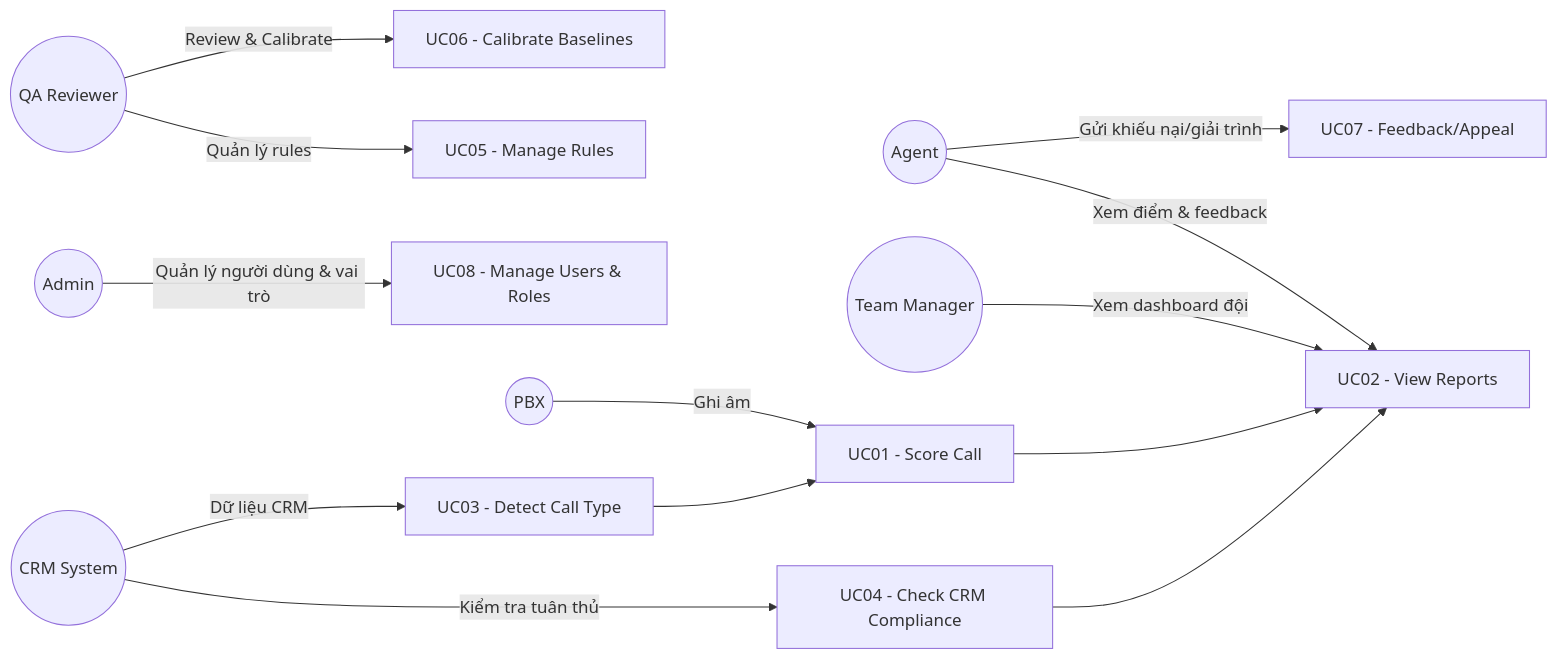
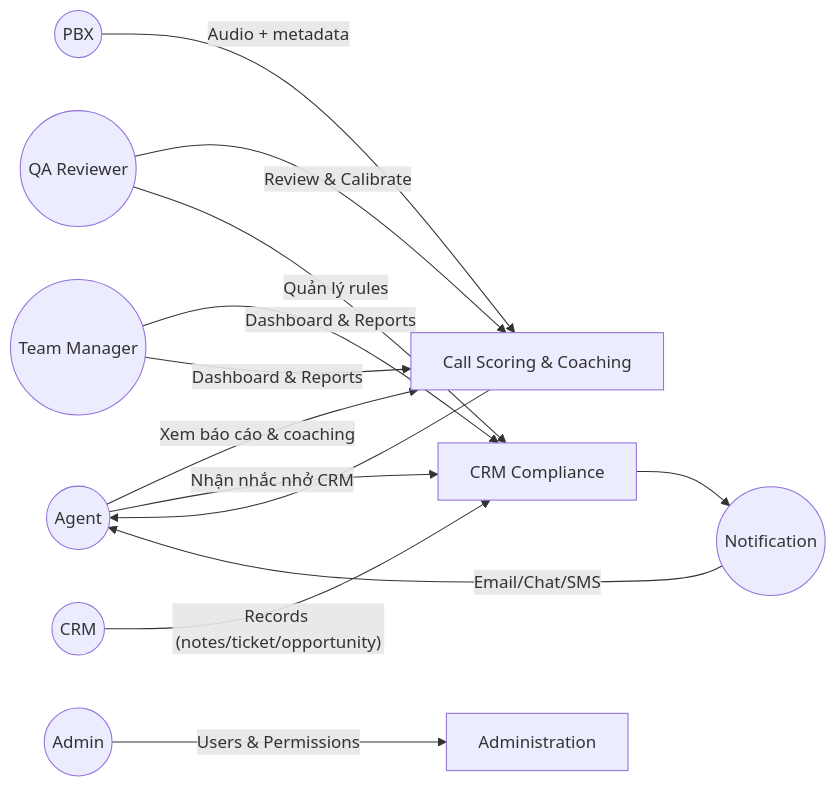
The diagram in mo-hinh-he-thong/use-case/UC_OVERVIEW.md (newbiecodeDCV/Ph-n_t-ch_h-_th-ng), drawn with Mermaid before and after one commit. The commit also changed other lines of this file and 27 other files, not shown here.

````diff
--- a/mo-hinh-he-thong/use-case/UC_OVERVIEW.md
+++ b/mo-hinh-he-thong/use-case/UC_OVERVIEW.md
@@ -15,20 +20,20 @@
 ```mermaid
 flowchart LR
-  Agent((Agent)) -- Xem điểm & feedback --> UC02[UC02 - View Reports]
-  Agent -- Gửi khiếu nại/giải trình --> UC07[UC07 - Feedback/Appeal]
+  Agent((Agent)) -- Xem báo cáo & coaching --> UC02[Call Scoring & Coaching]
+  Agent -- Nhận nhắc nhở CRM --> UC01[CRM Compliance]
 
-  QAR((QA Reviewer)) -- Review & Calibrate --> UC06[UC06 - Calibrate Baselines]
-  QAR -- Quản lý rules --> UC05[UC05 - Manage Rules]
+  QAR((QA Reviewer)) -- Review & Calibrate --> UC02
+  QAR -- Quản lý rules --> UC01
 
-  Manager((Team Manager)) -- Xem dashboard đội --> UC02
+  Manager((Team Manager)) -- Dashboard & Reports --> UC01
+  Manager -- Dashboard & Reports --> UC02
 
-  Admin((Admin)) -- Quản lý người dùng & vai trò --> UC08[UC08 - Manage Users & Roles]
+  Admin((Admin)) -- Users & Permissions --> ADM[Administration]
 
-  PBX((PBX)) -- Ghi âm --> UC01[UC01 - Score Call]
-  CRM((CRM System)) -- Dữ liệu CRM --> UC03[UC03 - Detect Call Type]
-  CRM -- Kiểm tra tuân thủ --> UC04[UC04 - Check CRM Compliance]
+  PBX((PBX)) -- Audio + metadata --> UC02
+  CRM((CRM)) -- Records (notes/ticket/opportunity) --> UC01
+  Notify((Notification)) -- Email/Chat/SMS --> Agent
 
-  UC01 --> UC02
-  UC03 --> UC01
-  UC04 --> UC02
+  UC01 --> Notify
+  UC02 --> Agent
 ```
````
